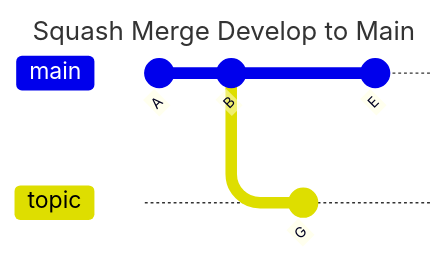
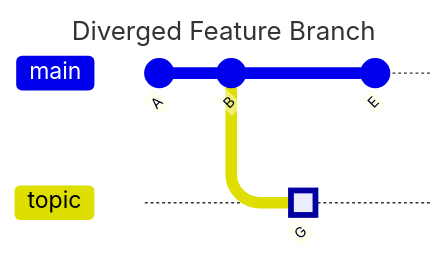
Diagram 18 of 19 in demos/IntermediateGit.md (robertwalker/DemoSandbox), drawn with Mermaid before and after one commit. The commit also changed other lines of this file, not shown here.

````diff
--- a/demos/IntermediateGit.md
+++ b/demos/IntermediateGit.md
@@ -444,16 +463,16 @@
 ```mermaid
 ---
-title: Squash Merge Develop to Main
+title: Diverged Feature Branch
 config:
   theme: default
 mainBranchName: main
 ---
 gitGraph:
     commit id: "A"
     commit id: "B"
     branch topic
     checkout topic
-    commit id: "G"
+    commit id: "G" type: HIGHLIGHT
     checkout main
     commit id: "E"
 ```
````
